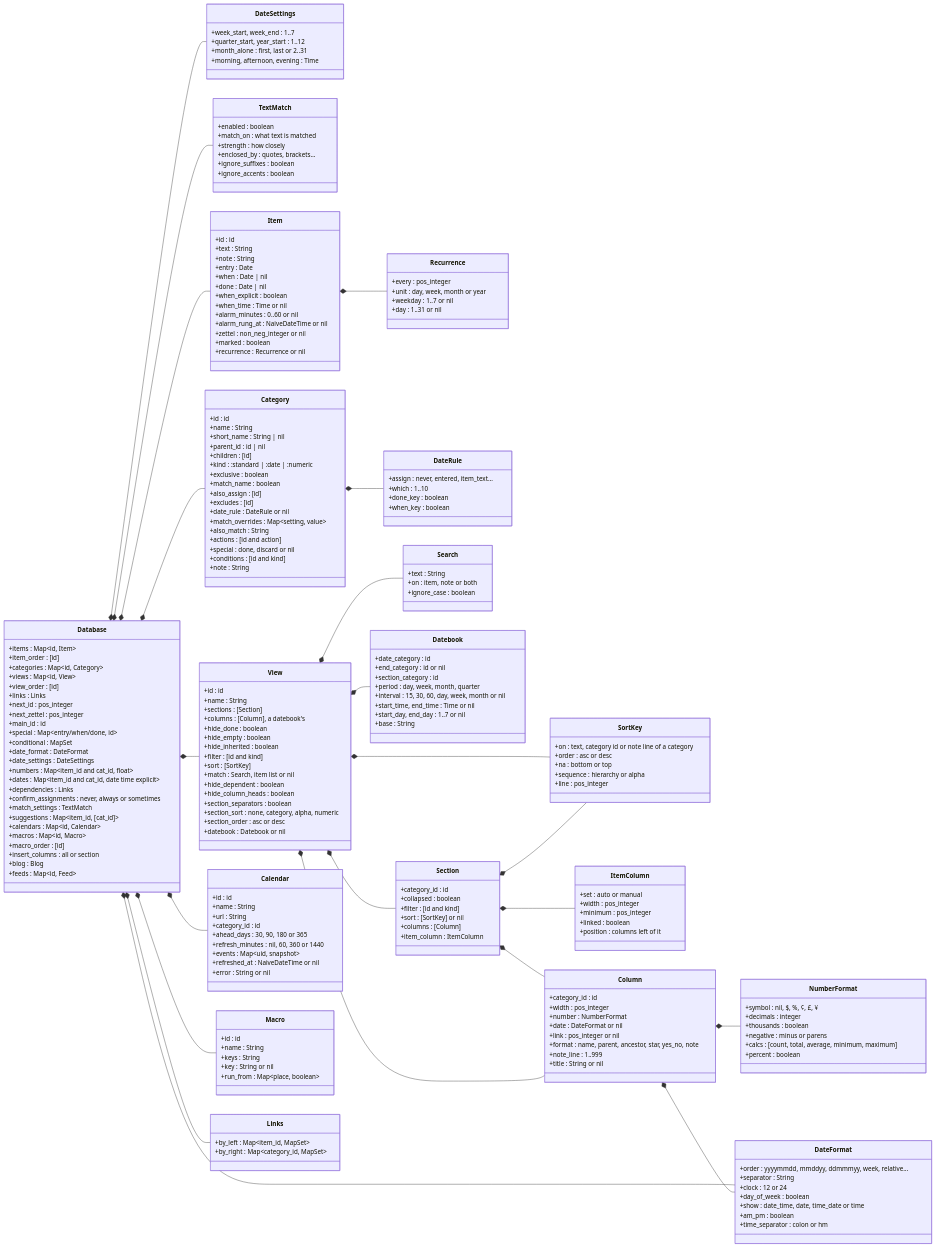
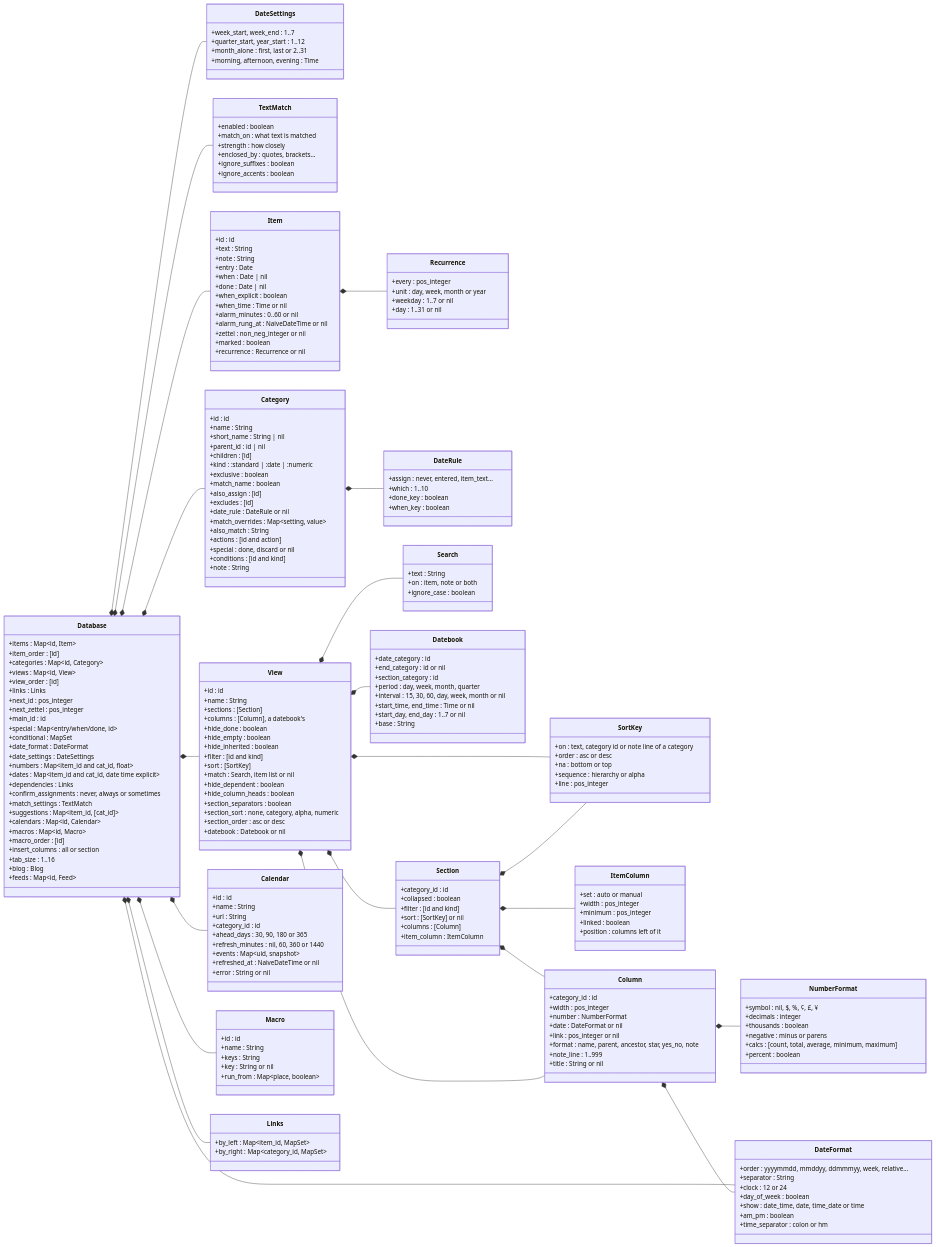
The second of 6 diagrams in docs/DATA_MODEL.md (jamting/agendum), drawn with Mermaid before and after one commit. The commit also changed other lines of this file and 36 other files, not shown here.

First line of the commit message:
Note editor, step 5 part 2: INS/OVR, TAB and Tab size; version 0.15.0 (R64e)

```diff
--- a/docs/DATA_MODEL.md
+++ b/docs/DATA_MODEL.md
@@ -173,6 +174,7 @@
         +macros : Map~id, Macro~
         +macro_order : [id]
         +insert_columns : all or section
+        +tab_size : 1..16
         +blog : Blog
         +feeds : Map~id, Feed~
     }
```
